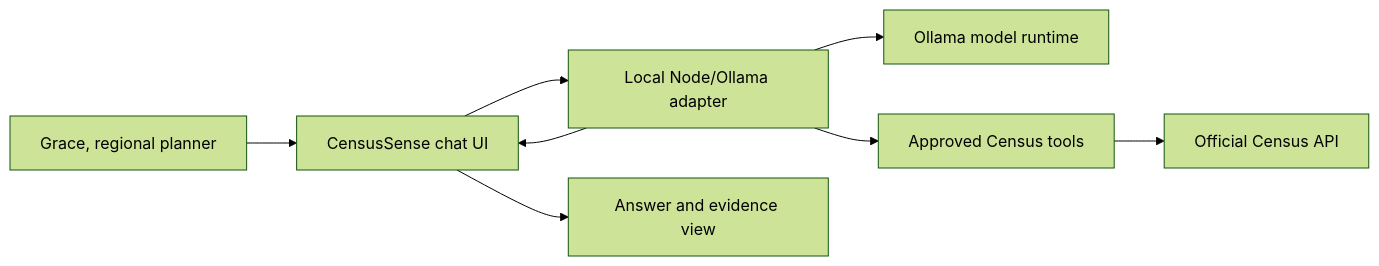
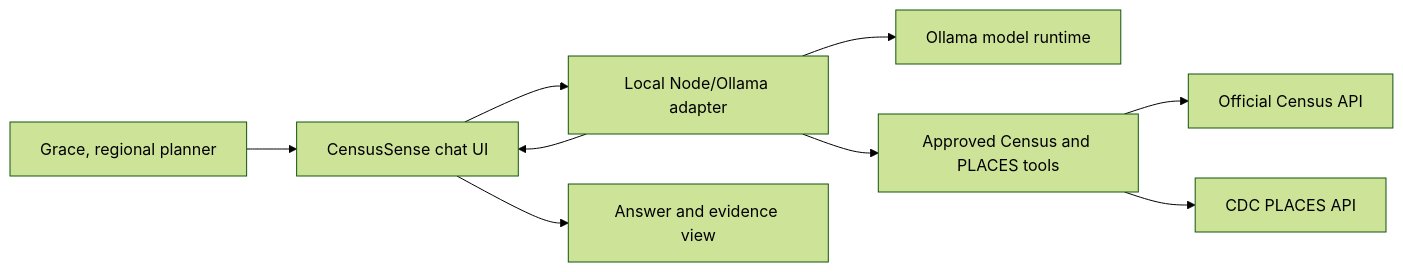
One commit to bc-bah/censense changed the first of 3 diagrams in docs/high-level-architecture.md. Above: the diagram before and after it, drawn with Mermaid (forest theme). The commit also changed other lines of this file and 8 other files, not shown here.

````diff
--- a/docs/high-level-architecture.md
+++ b/docs/high-level-architecture.md
@@ -30,10 +38,11 @@
 ```mermaid
 flowchart LR
     Grace[Grace, regional planner] --> Browser[CensusSense chat UI]
     Browser --> Adapter[Local Node/Ollama adapter]
     Adapter --> Ollama[Ollama model runtime]
-    Adapter --> CensusTools[Approved Census tools]
+    Adapter --> CensusTools[Approved Census and PLACES tools]
     CensusTools --> CensusAPI[Official Census API]
+    CensusTools --> PlacesAPI[CDC PLACES API]
     Adapter --> Browser
     Browser --> Evidence[Answer and evidence view]
 ```
````
